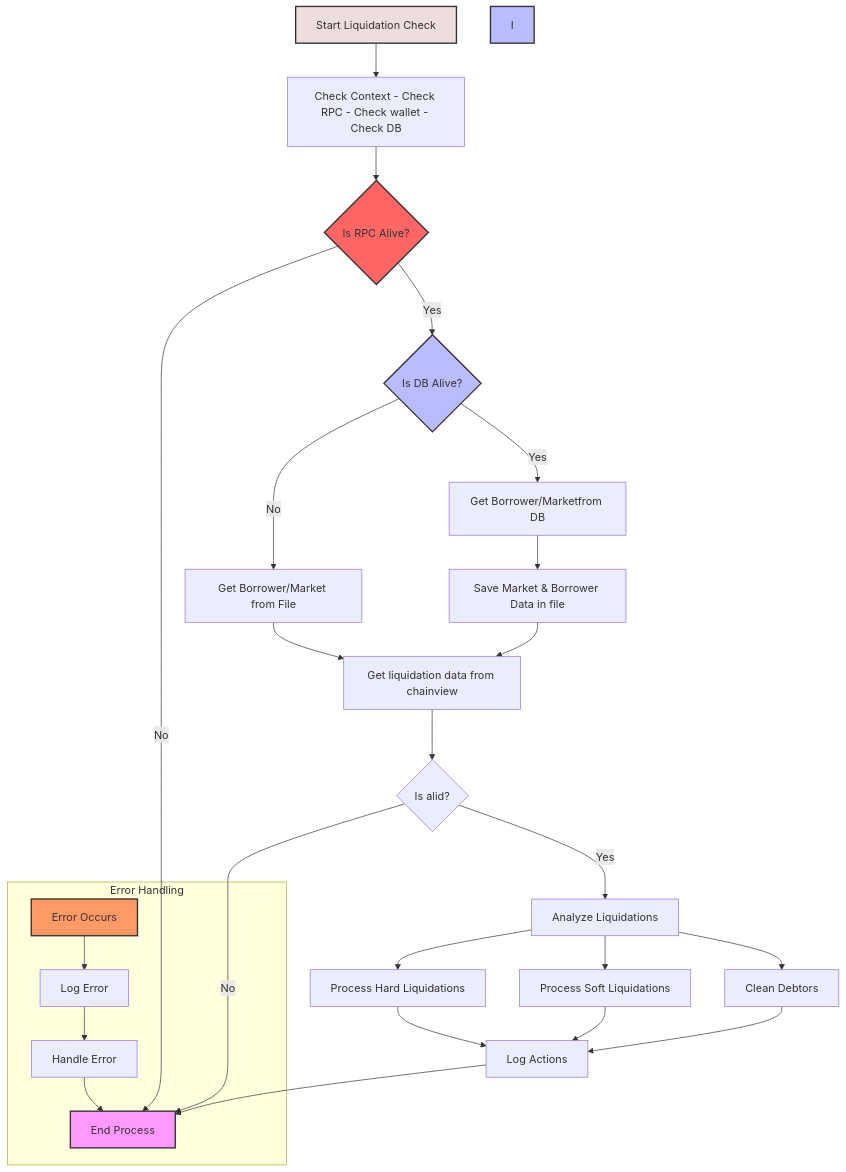
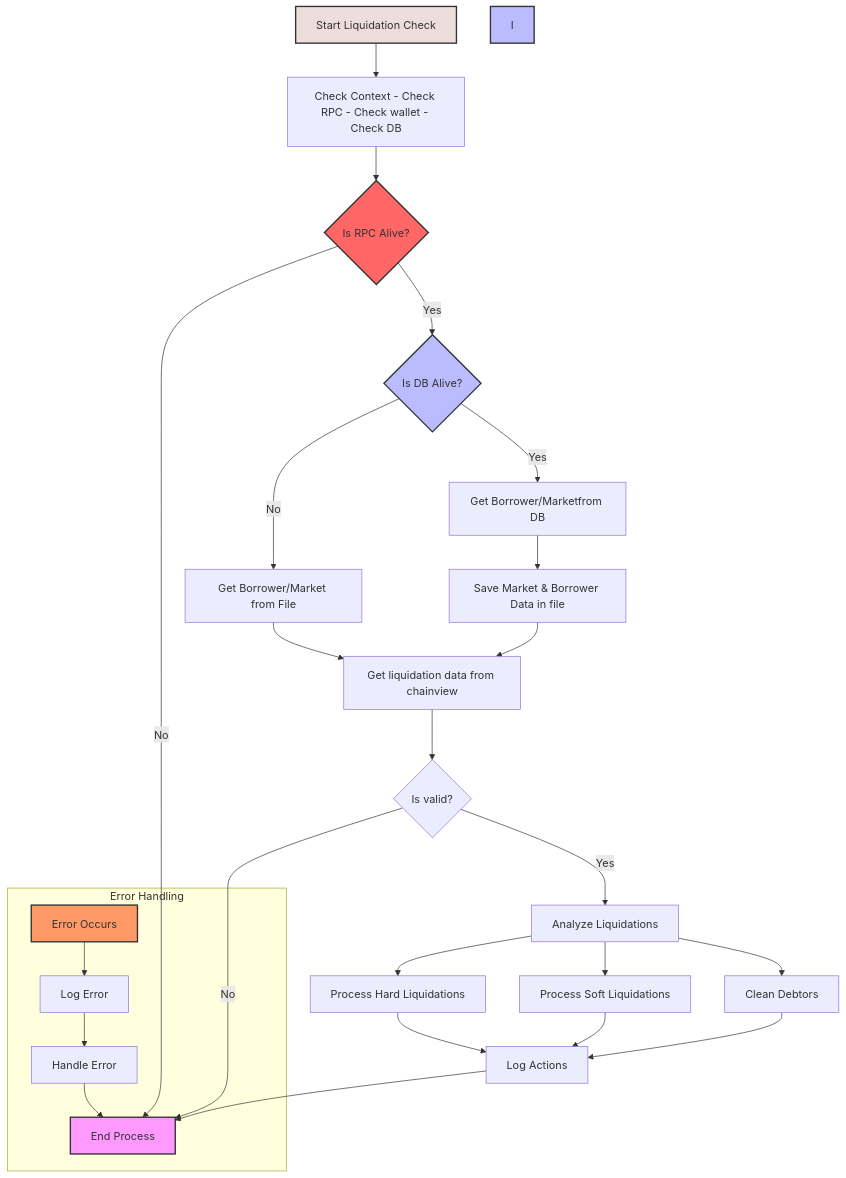
Before and after one commit to Tangent-labs/tangent-indexer: the diagram in README.md, drawn with Mermaid. The commit also changed other lines of this file and 29 other files, not shown here.

````diff
--- a/README.md
+++ b/README.md
@@ -107,36 +107,36 @@
 ```mermaid
 flowchart TD
     A[Start Liquidation Check]
     A --> B[Check Context - Check RPC - Check wallet - Check DB]
     B --> C{Is RPC Alive?}
     C -->|No| D[End Process]
     C -->|Yes| E{Is DB Alive?}
     E -->|No| F[Get Borrower/Market from File]
     E -->|Yes| G[Get Borrower/Marketfrom DB]
     G -->x[Save Market & Borrower Data in file]
     x --> H[Get liquidation data from chainview]
     F --> H
-    H --> L{Is alid?}
+    H --> L{Is valid?}
     L -->|No| D
     L -->|Yes| M[Analyze Liquidations]
     M --> N[Process Hard Liquidations]
     M --> O[Process Soft Liquidations]
     M --> P[Clean Debtors]
     N --> Q[Log Actions]
     O --> Q
     P --> Q
     Q --> D
 
     subgraph Error Handling
     R[Error Occurs] --> S[Log Error]
     S --> T[Handle Error]
     T --> D
     end
 
     style A fill:#edd,stroke:#333,stroke-width:2px
     style D fill:#f9f,stroke:#333,stroke-width:2px
     style R fill:#f96,stroke:#333,stroke-width:2px
     style C fill:#f66,stroke:#333,stroke-width:2px
     style E fill:#bbf,stroke:#333,stroke-width:2px
     style I fill:#bbf,stroke:#333,stroke-width:2px
 ```
````
